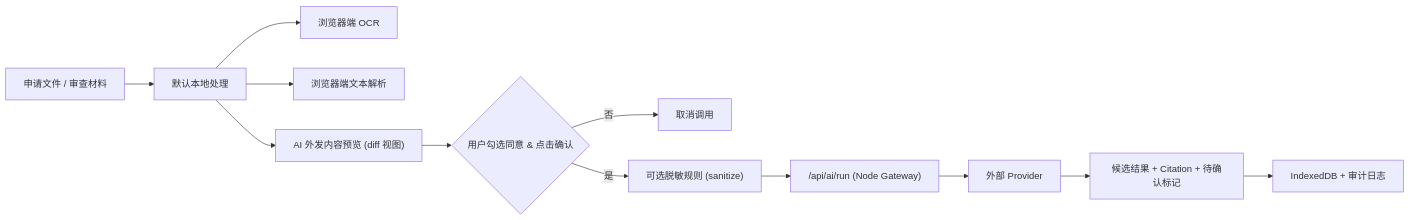
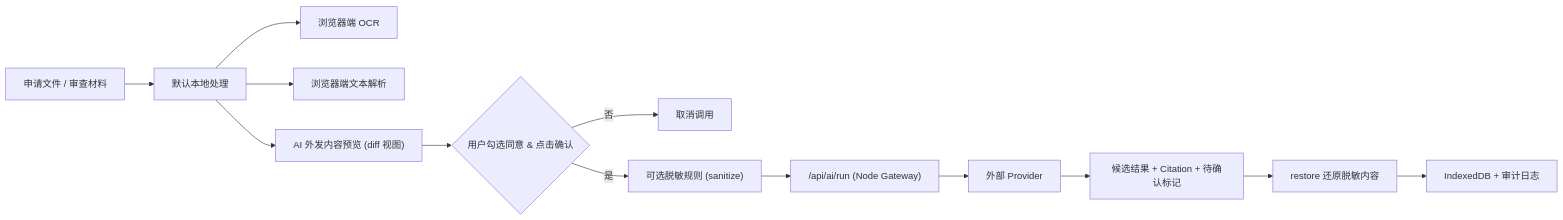
Before and after one commit to wukun2005-gif/patentExaminator: the third of 3 diagrams in DESIGN.md, drawn with Mermaid. The commit also changed other lines of this file and 2 other files, not shown here.

````diff
--- a/DESIGN.md
+++ b/DESIGN.md
@@ -854,14 +911,15 @@
 ```mermaid
 flowchart LR
     A["申请文件 / 审查材料"] --> L["默认本地处理"]
     L --> OCR["浏览器端 OCR"]
     L --> P["浏览器端文本解析"]
     L --> Preview["AI 外发内容预览 (diff 视图)"]
     Preview --> Q{"用户勾选同意 & 点击确认"}
     Q -- 否 --> Stop["取消调用"]
     Q -- 是 --> San["可选脱敏规则 (sanitize)"]
     San --> GW["/api/ai/run (Node Gateway)"]
     GW --> PR["外部 Provider"]
     PR --> Res["候选结果 + Citation + 待确认标记"]
-    Res --> Store["IndexedDB + 审计日志"]
+    Res --> Rst["restore 还原脱敏内容"]
+    Rst --> Store["IndexedDB + 审计日志"]
 ```
````
